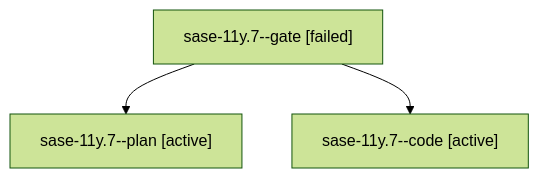
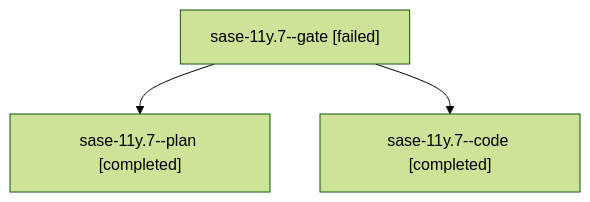
One commit to sase-org/sase--agents changed the diagram in families/bbugyi200.athena.sase-11y.7.md. Above: the diagram before and after it, drawn with Mermaid (forest theme). The commit also changed other lines of this file and 159 other files, not shown here.

````diff
--- a/families/bbugyi200.athena.sase-11y.7.md
+++ b/families/bbugyi200.athena.sase-11y.7.md
@@ -9,8 +9,8 @@
 ```mermaid
 flowchart TD
   n0["sase-11y.7--gate [failed]"]
-  n1["sase-11y.7--plan [active]"]
+  n1["sase-11y.7--plan [completed]"]
   n0 --> n1
-  n2["sase-11y.7--code [active]"]
+  n2["sase-11y.7--code [completed]"]
   n0 --> n2
 ```
````
